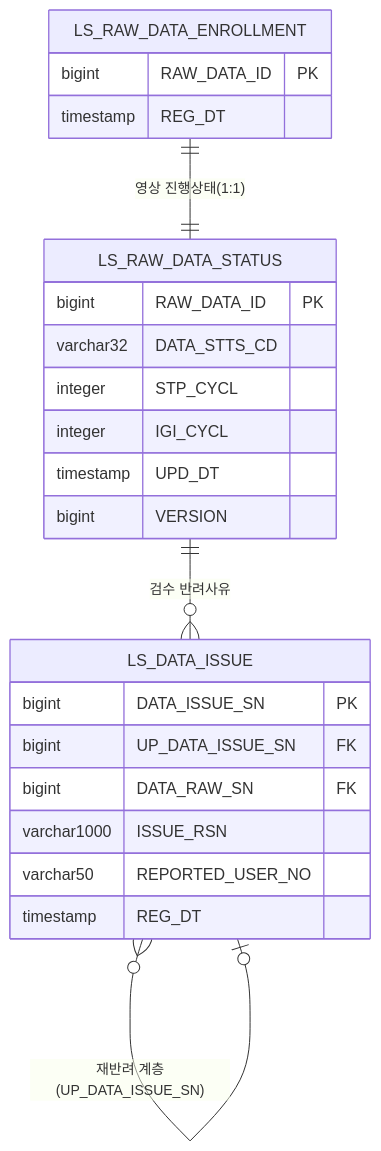
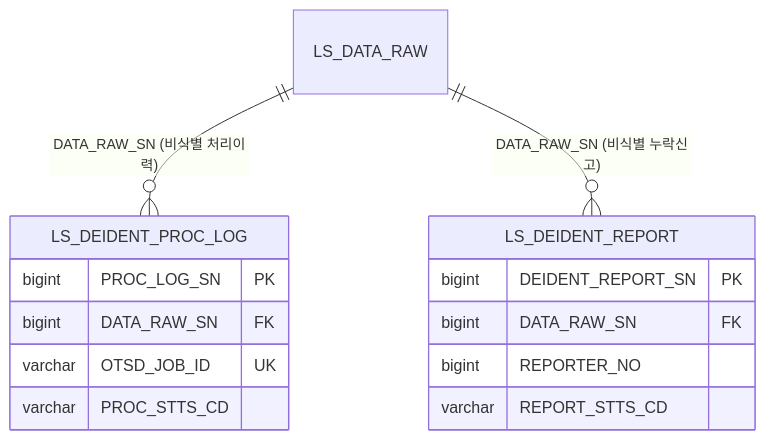
One commit to New-stella/klid-label changed the eighth of 13 diagrams in docs/design/D8-엔티티관계모형설계서.md. Above: the diagram before and after it, drawn with Mermaid. The commit also changed other lines of this file and 6 other files, not shown here.

````diff
--- a/docs/design/D8-엔티티관계모형설계서.md
+++ b/docs/design/D8-엔티티관계모형설계서.md
@@ -340,27 +293,17 @@
 ```mermaid
 erDiagram
-    LS_RAW_DATA_ENROLLMENT {
-        bigint RAW_DATA_ID PK
-        timestamp REG_DT
+    LS_DATA_RAW ||--o{ LS_DEIDENT_PROC_LOG : "DATA_RAW_SN (비식별 처리이력)"
+    LS_DATA_RAW ||--o{ LS_DEIDENT_REPORT : "DATA_RAW_SN (비식별 누락신고)"
+    LS_DEIDENT_PROC_LOG {
+        bigint PROC_LOG_SN PK
+        bigint DATA_RAW_SN FK
+        varchar OTSD_JOB_ID UK
+        varchar PROC_STTS_CD
     }
-    LS_RAW_DATA_STATUS {
-        bigint RAW_DATA_ID PK
-        varchar32 DATA_STTS_CD
-        integer STP_CYCL
-        integer IGI_CYCL
-        timestamp UPD_DT
-        bigint VERSION
+    LS_DEIDENT_REPORT {
+        bigint DEIDENT_REPORT_SN PK
+        bigint DATA_RAW_SN FK
+        bigint REPORTER_NO
+        varchar REPORT_STTS_CD
     }
-    LS_DATA_ISSUE {
-        bigint DATA_ISSUE_SN PK
-        bigint UP_DATA_ISSUE_SN FK
-        bigint DATA_RAW_SN FK
-        varchar1000 ISSUE_RSN
-        varchar50 REPORTED_USER_NO
-        timestamp REG_DT
-    }
-
-    LS_RAW_DATA_ENROLLMENT ||--|| LS_RAW_DATA_STATUS : "영상 진행상태(1:1)"
-    LS_RAW_DATA_STATUS ||--o{ LS_DATA_ISSUE : "검수 반려사유"
-    LS_DATA_ISSUE }o--o| LS_DATA_ISSUE : "재반려 계층(UP_DATA_ISSUE_SN)"
 ```
````
